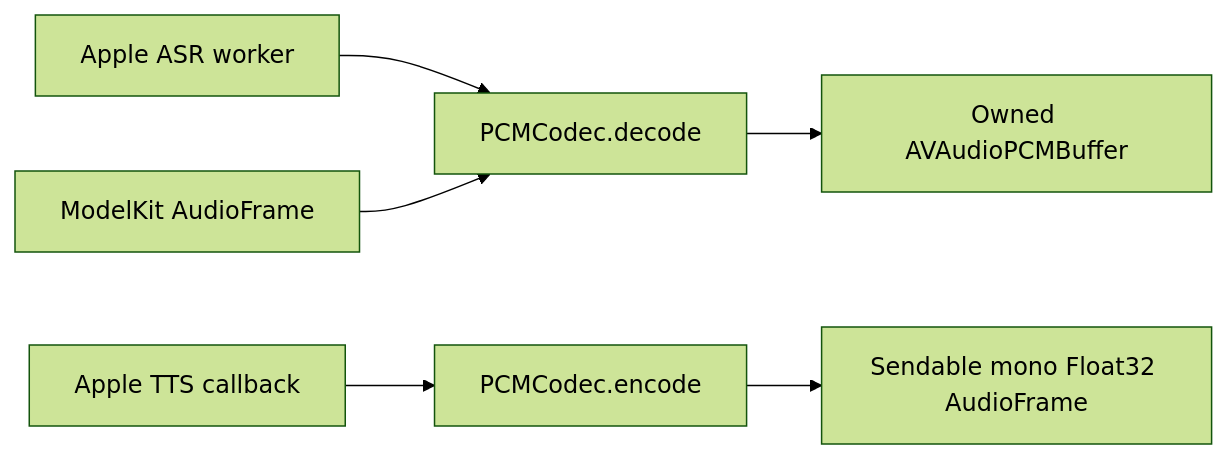
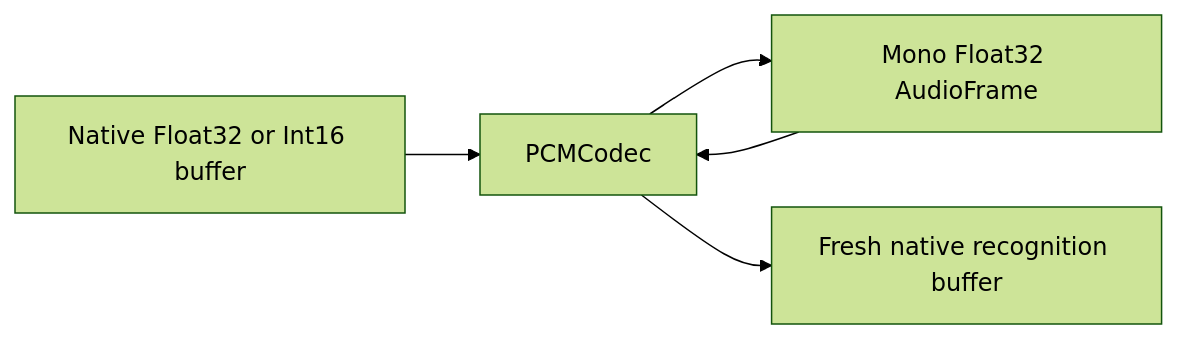
Before and after one commit to devilyouwei/MobileHarness: the diagram in MobileHarness/ModelKit/Speech/Shared/Apple/README.md, drawn with Mermaid (forest theme). The commit also changed other lines of this file and 116 other files, not shown here.

````diff
--- a/MobileHarness/ModelKit/Speech/Shared/Apple/README.md
+++ b/MobileHarness/ModelKit/Speech/Shared/Apple/README.md
@@ -7,8 +15,7 @@
 ```mermaid
 flowchart LR
-    ASR[Apple ASR worker] --> Decode[PCMCodec.decode]
-    Frame[ModelKit AudioFrame] --> Decode
-    Decode --> Buffer[Owned AVAudioPCMBuffer]
-    TTS[Apple TTS callback] --> Encode[PCMCodec.encode]
-    Encode --> PCM[Sendable mono Float32 AudioFrame]
+ Native[Native Float32 or Int16 buffer] --> Codec[PCMCodec]
+ Codec --> Frame[Mono Float32 AudioFrame]
+ Frame --> Codec
+ Codec --> Recognition[Fresh native recognition buffer]
 ```
````
